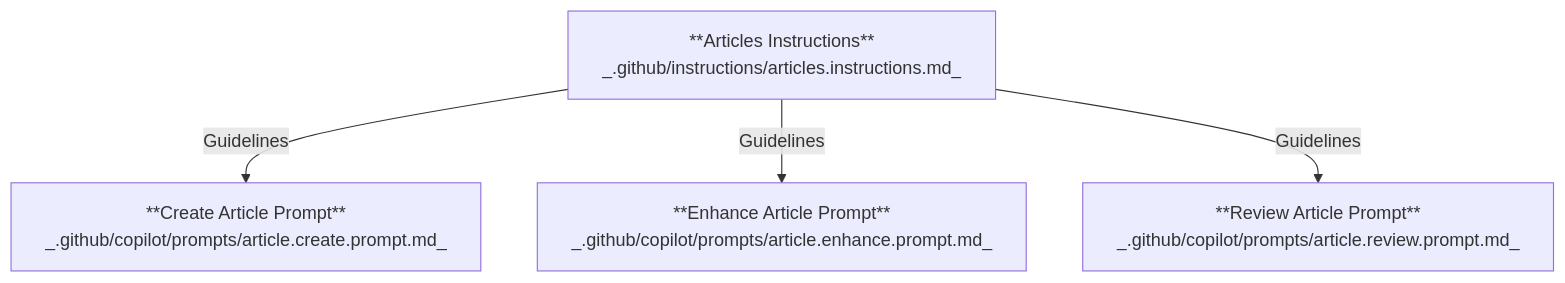
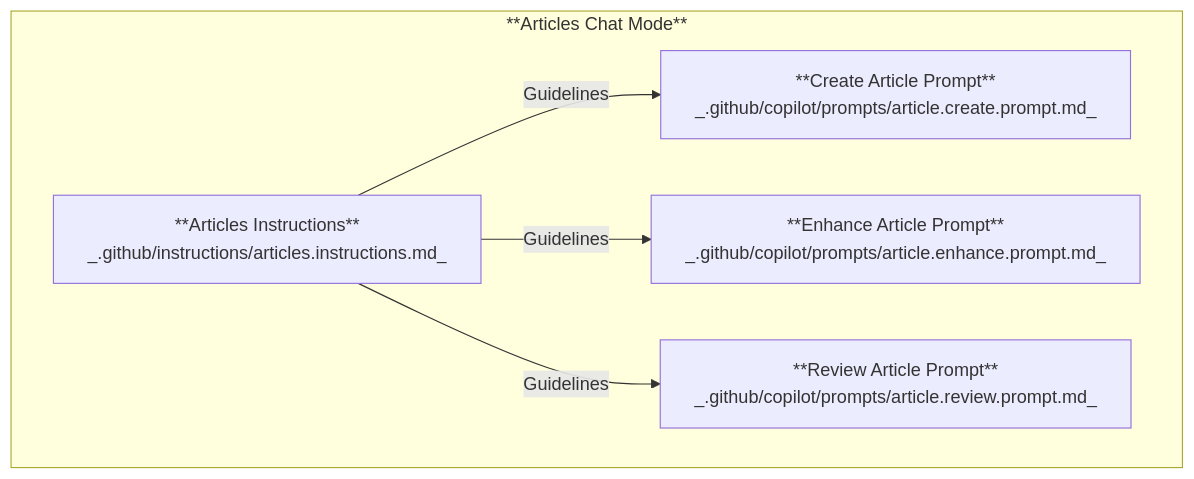
The diagram in content/articles/github-copilot-customizations.md (lfarci/loganfarci.com), drawn with Mermaid before and after one commit. The commit also changed other lines of this file and 2 other files, not shown here.

Commit message:
refactor: Streamline article instructions and enhance clarity in GitHub Copilot customization article

````diff
--- a/content/articles/github-copilot-customizations.md
+++ b/content/articles/github-copilot-customizations.md
@@ -44,11 +42,13 @@
 ```mermaid
-graph TB
-    instructions[**Articles Instructions**<br/>_.github/instructions/articles.instructions.md_]
-    createPrompt[**Create Article Prompt**<br/>_.github/copilot/prompts/article.create.prompt.md_]
-    enhancePrompt[**Enhance Article Prompt**<br/>_.github/copilot/prompts/article.enhance.prompt.md_]
-    reviewPrompt[**Review Article Prompt**<br/>_.github/copilot/prompts/article.review.prompt.md_]
+graph TD
+    subgraph articlesChatMode[**Articles Chat Mode**]
+        instructions[**Articles Instructions**<br/>_.github/instructions/articles.instructions.md_]
+        createPrompt[**Create Article Prompt**<br/>_.github/copilot/prompts/article.create.prompt.md_]
+        enhancePrompt[**Enhance Article Prompt**<br/>_.github/copilot/prompts/article.enhance.prompt.md_]
+        reviewPrompt[**Review Article Prompt**<br/>_.github/copilot/prompts/article.review.prompt.md_]
 
-    instructions -- "Guidelines" --> createPrompt
-    instructions -- "Guidelines" --> enhancePrompt
-    instructions -- "Guidelines" --> reviewPrompt
+        instructions -- "Guidelines" --> createPrompt
+        instructions -- "Guidelines" --> enhancePrompt
+        instructions -- "Guidelines" --> reviewPrompt
+    end
 ```
````
